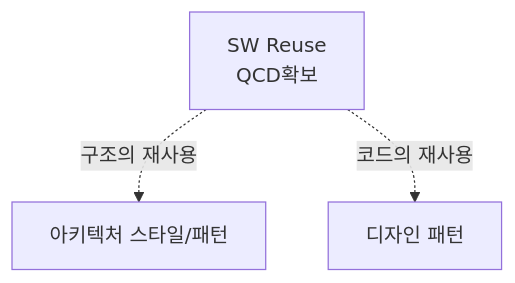
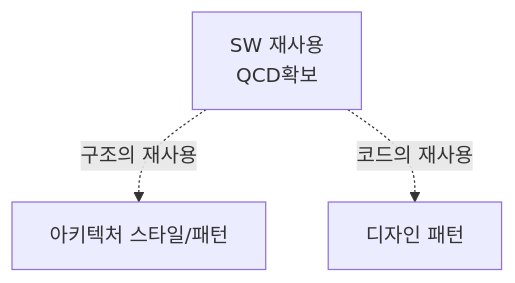
One commit to gracefullight/gracefullight.github.io changed the first of 2 diagrams in blog/pe/engineering/architecture-vs-design-pattern.md. Above: the diagram before and after it, drawn with Mermaid. The commit also changed other lines of this file, not shown here.

````diff
--- a/blog/pe/engineering/architecture-vs-design-pattern.md
+++ b/blog/pe/engineering/architecture-vs-design-pattern.md
@@ -13,10 +15,10 @@
 ```mermaid
 graph TB;
     A[아키텍처 스타일/패턴]
-    S["`SW Reuse
-    QCD확보`"]
+    S["SW 재사용
+    QCD확보"]
     D[디자인 패턴]
 
     S-.구조의 재사용.->A
     S-.코드의 재사용.->D
 ```
````
